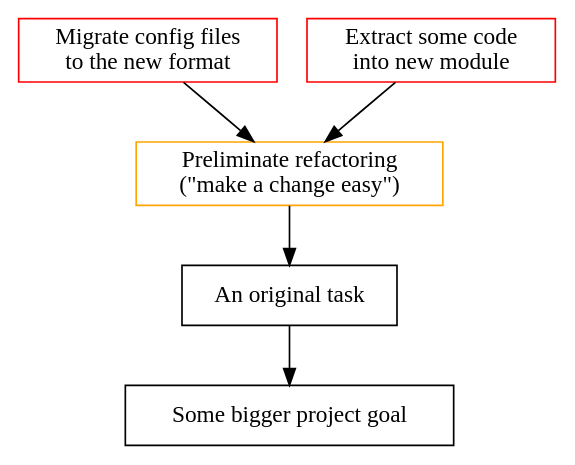
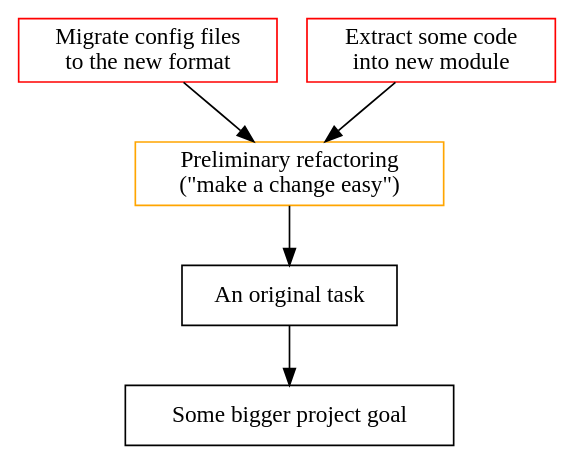
One commit to ahitrin/ahitrin.github.com changed the diagram in src/fractals-vs-lists/t3.dot. Above: the diagram before and after it, drawn with Graphviz. The commit also changed 21 other files, not shown here.

```diff
--- a/src/fractals-vs-lists/t3.dot
+++ b/src/fractals-vs-lists/t3.dot
@@ -1,17 +1,17 @@
 digraph g {
 node [shape=box];
 edge [color=black];
 
 others [label="Some bigger project goal"];
 0 [label="An original task"];
-2 [label="Preliminate refactoring
+2 [label="Preliminary refactoring
 (&quot;make a change easy&quot;)", color=orange];
 2_1 [label="Migrate config files
 to the new format", color=red];
 2_2 [label="Extract some code
 into new module", color=red];
 0 -> others;
 2 -> 0;
 2_1 -> 2;
 2_2 -> 2;
 }
```
